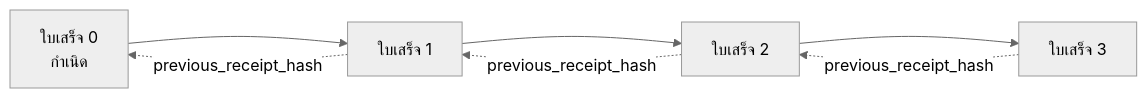
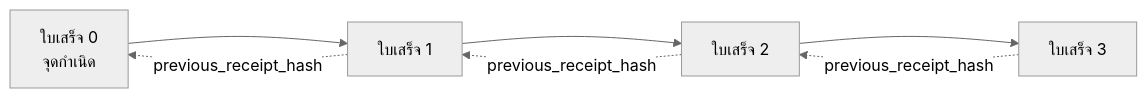
One commit to gabrielmoreira/agent-skills-mirror changed the second of 2 diagrams in mirrors/repos/microsoft@ai-agents-for-beginners/translations/th/18-securing-ai-agents/README.md. Above: the diagram before and after it, drawn with Mermaid (neutral theme). The commit also changed other lines of this file and 2285 other files, not shown here.

````diff
--- a/mirrors/repos/microsoft@ai-agents-for-beginners/translations/th/18-securing-ai-agents/README.md
+++ b/mirrors/repos/microsoft@ai-agents-for-beginners/translations/th/18-securing-ai-agents/README.md
@@ -206,9 +206,9 @@
 ```mermaid
 flowchart LR
-    R0[ใบเสร็จ 0<br/>กำเนิด] --> R1[ใบเสร็จ 1]
+    R0[ใบเสร็จ 0<br/>จุดกำเนิด] --> R1[ใบเสร็จ 1]
     R1 --> R2[ใบเสร็จ 2]
     R2 --> R3[ใบเสร็จ 3]
     R1 -. previous_receipt_hash .-> R0
     R2 -. previous_receipt_hash .-> R1
     R3 -. previous_receipt_hash .-> R2
 ```
````
